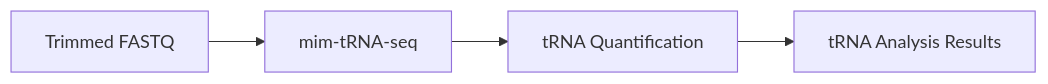
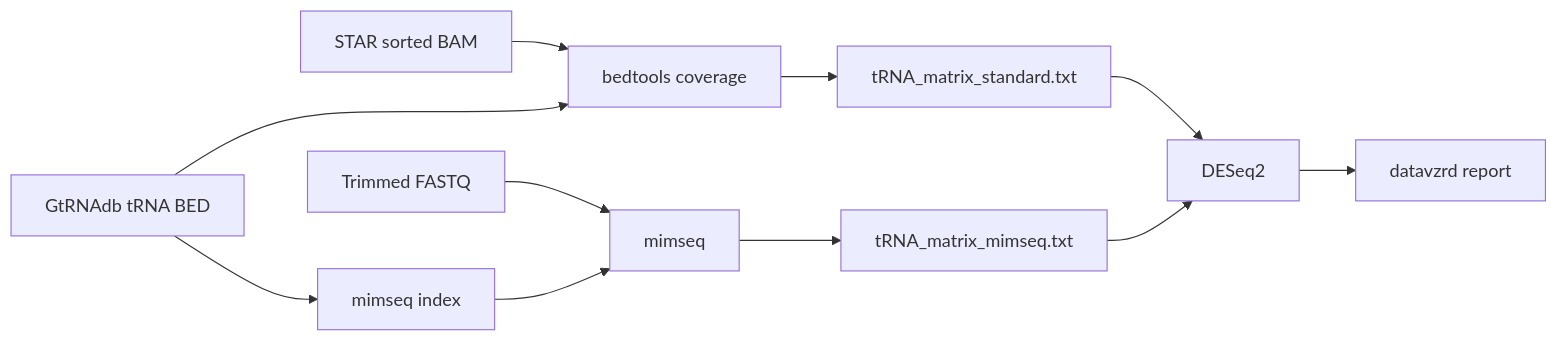
Before and after one commit to boulardlab/3t-seq: the diagram in docs/modules/trna-analysis.md, drawn with Mermaid. The commit also changed other lines of this file, not shown here.

First line of the commit message:
docs(trna-analysis): standard is the default, mim-tRNA-seq is opt-in

````diff
--- a/docs/modules/trna-analysis.md
+++ b/docs/modules/trna-analysis.md
@@ -11,6 +11,15 @@
 ```mermaid
 graph LR
-    A[Trimmed FASTQ] --> B[mim-tRNA-seq]
-    B --> C[tRNA Quantification]
-    C --> D[tRNA Analysis Results]
+    B[STAR sorted BAM] --> S[bedtools coverage]
+    G[GtRNAdb tRNA BED] --> S
+    S --> SM[tRNA_matrix_standard.txt]
+
+    T[Trimmed FASTQ] --> M[mimseq]
+    G --> I[mimseq index]
+    I --> M
+    M --> MM[tRNA_matrix_mimseq.txt]
+
+    SM --> D[DESeq2]
+    MM --> D
+    D --> V[datavzrd report]
 ```
````
